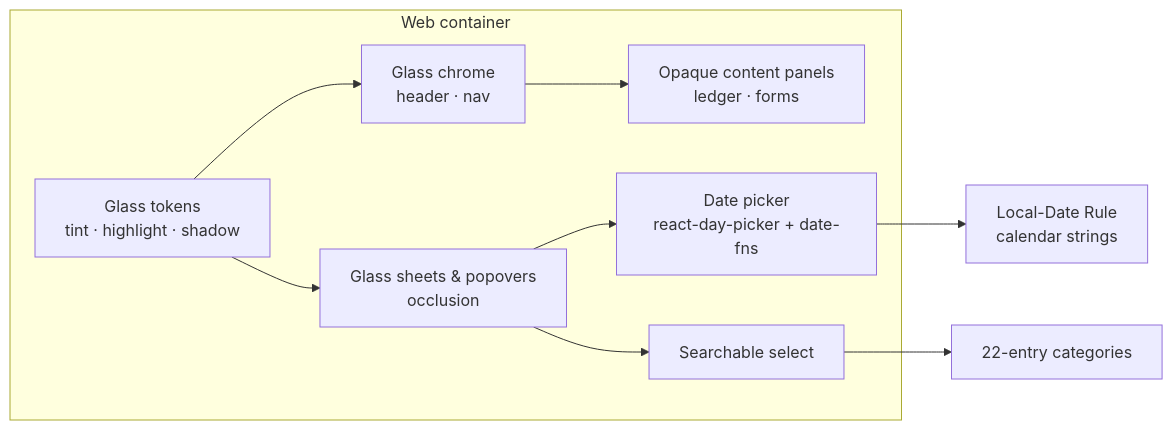
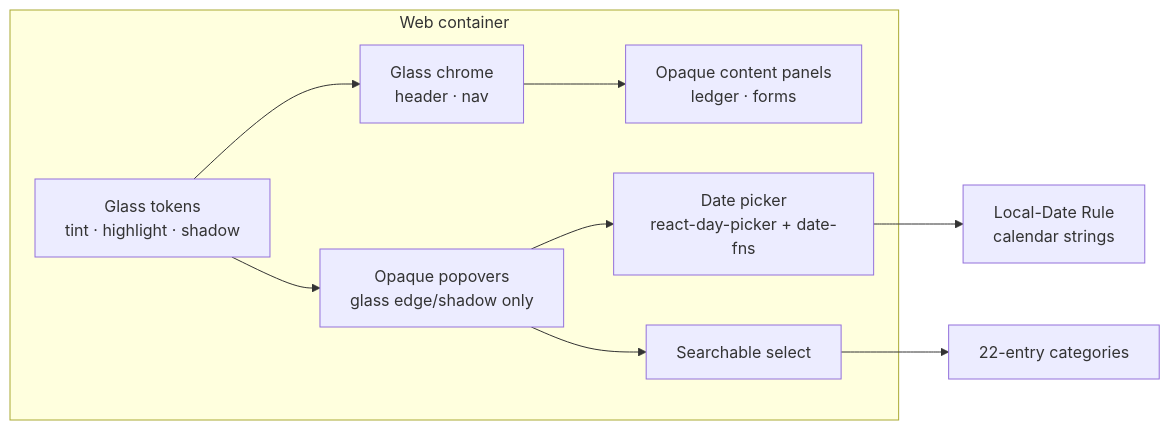
One commit to Markila-BOT/m-proper changed the diagram in openspec/changes/liquid-glass-ledger/design.md. Above: the diagram before and after it, drawn with Mermaid. The commit also changed other lines of this file and 7 other files, not shown here.

````diff
--- a/openspec/changes/liquid-glass-ledger/design.md
+++ b/openspec/changes/liquid-glass-ledger/design.md
@@ -7,12 +7,12 @@
 ```mermaid
 flowchart LR
   subgraph Web[Web container]
     CH[Glass chrome<br/>header · nav] --> CP[Opaque content panels<br/>ledger · forms]
-    SH[Glass sheets & popovers<br/>occlusion] --> DP[Date picker<br/>react-day-picker + date-fns]
+    SH[Opaque popovers<br/>glass edge/shadow only] --> DP[Date picker<br/>react-day-picker + date-fns]
     SH --> SS[Searchable select]
     T[Glass tokens<br/>tint · highlight · shadow] --> CH
     T --> SH
   end
   DP --> LD[Local-Date Rule<br/>calendar strings]
   SS --> CAT[22-entry categories]
 ```
````
